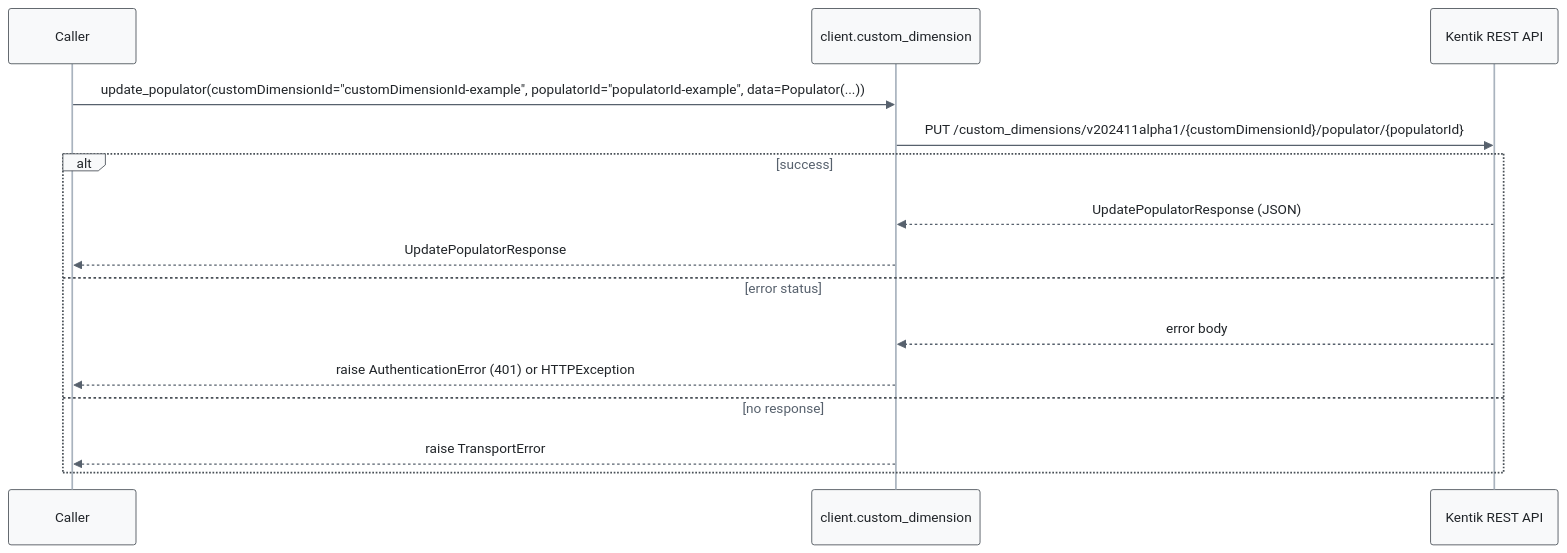
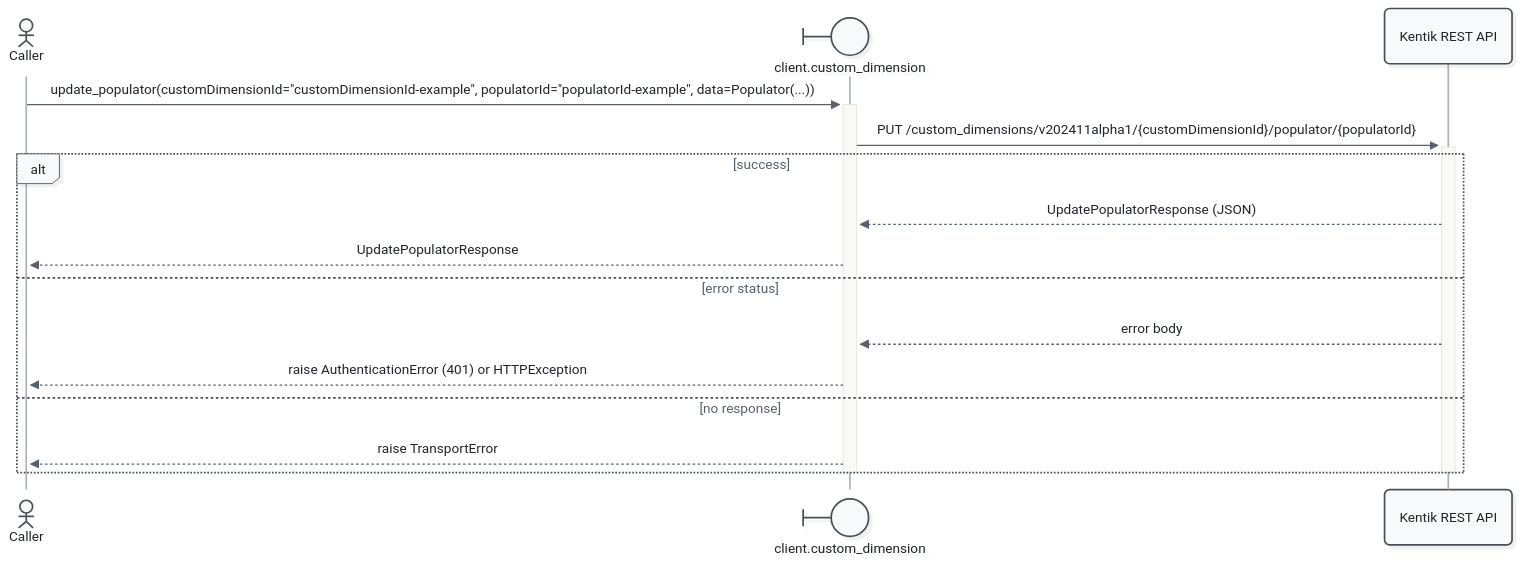
Before and after one commit to alexdearaujo/community_sdk_python: diagram 13 of 21 in docs/sphinx/services/custom_dimension.md, drawn with Mermaid. The commit also changed other lines of this file and 52 other files, not shown here.

First line of the commit message:
docs: Mermaid 12 sequence diagrams with participant types and path colors

````diff
--- a/docs/sphinx/services/custom_dimension.md
+++ b/docs/sphinx/services/custom_dimension.md
@@ -502,19 +532,21 @@
 ```mermaid
-%%{init: {"theme": "base", "fontFamily": "ui-monospace, SFMono-Regular, Menlo, monospace", "themeVariables": {"fontFamily": "ui-monospace, SFMono-Regular, Menlo, monospace", "primaryColor": "#f8f9fa", "primaryBorderColor": "#495057", "primaryTextColor": "#212529", "textColor": "#212529", "lineColor": "#77818c", "edgeLabelBackground": "#ffffff", "actorBkg": "#f8f9fa", "actorBorder": "#495057", "actorTextColor": "#212529", "actorLineColor": "#a9b3be", "signalColor": "#57616d", "signalTextColor": "#212529", "labelBoxBkgColor": "#f8f9fa", "labelBoxBorderColor": "#495057", "labelTextColor": "#212529", "loopTextColor": "#57616d", "noteBkgColor": "#fff9db", "noteBorderColor": "#f08c00", "noteTextColor": "#a35a00"}, "flowchart": {"curve": "step", "nodeSpacing": 30, "rankSpacing": 70, "wrappingWidth": 400}}}%%
+%%{init: {"theme": "redux", "look": "neo", "layout": "dagre", "fontFamily": "ui-monospace, SFMono-Regular, Menlo, monospace", "themeVariables": {"fontFamily": "ui-monospace, SFMono-Regular, Menlo, monospace", "primaryColor": "#f8f9fa", "primaryBorderColor": "#495057", "primaryTextColor": "#212529", "textColor": "#212529", "lineColor": "#77818c", "edgeLabelBackground": "#ffffff", "actorBkg": "#f8f9fa", "actorBorder": "#495057", "actorTextColor": "#212529", "actorLineColor": "#a9b3be", "signalColor": "#57616d", "signalTextColor": "#212529", "labelBoxBkgColor": "#f8f9fa", "labelBoxBorderColor": "#495057", "labelTextColor": "#212529", "loopTextColor": "#57616d", "noteBkgColor": "#fff9db", "noteBorderColor": "#f08c00", "noteTextColor": "#a35a00"}, "sequence": {"activationWidth": 16}, "flowchart": {"curve": "step", "nodeSpacing": 30, "rankSpacing": 70, "wrappingWidth": 400}}}%%
 sequenceDiagram
-    participant C as Caller
-    participant W as client.custom_dimension
+    actor C as Caller
+    participant W@{ "type": "boundary" } as client.custom_dimension
     participant API as Kentik REST API
 
-    C->>W: update_populator(customDimensionId="customDimensionId-example", populatorId="populatorId-example", data=Populator(...))
-    W->>API: PUT /custom_dimensions/v202411alpha1/{customDimensionId}/populator/{populatorId}
+    C->>+W: update_populator(customDimensionId="customDimensionId-example", populatorId="populatorId-example", data=Populator(...))
+    W->>+API: PUT /custom_dimensions/v202411alpha1/{customDimensionId}/populator/{populatorId}
     alt success
         API-->>W: UpdatePopulatorResponse (JSON)
         W-->>C: UpdatePopulatorResponse
     else error status
         API-->>W: error body
         W-->>C: raise AuthenticationError (401) or HTTPException
     else no response
         W-->>C: raise TransportError
     end
+    deactivate API
+    deactivate W
 ```
````
